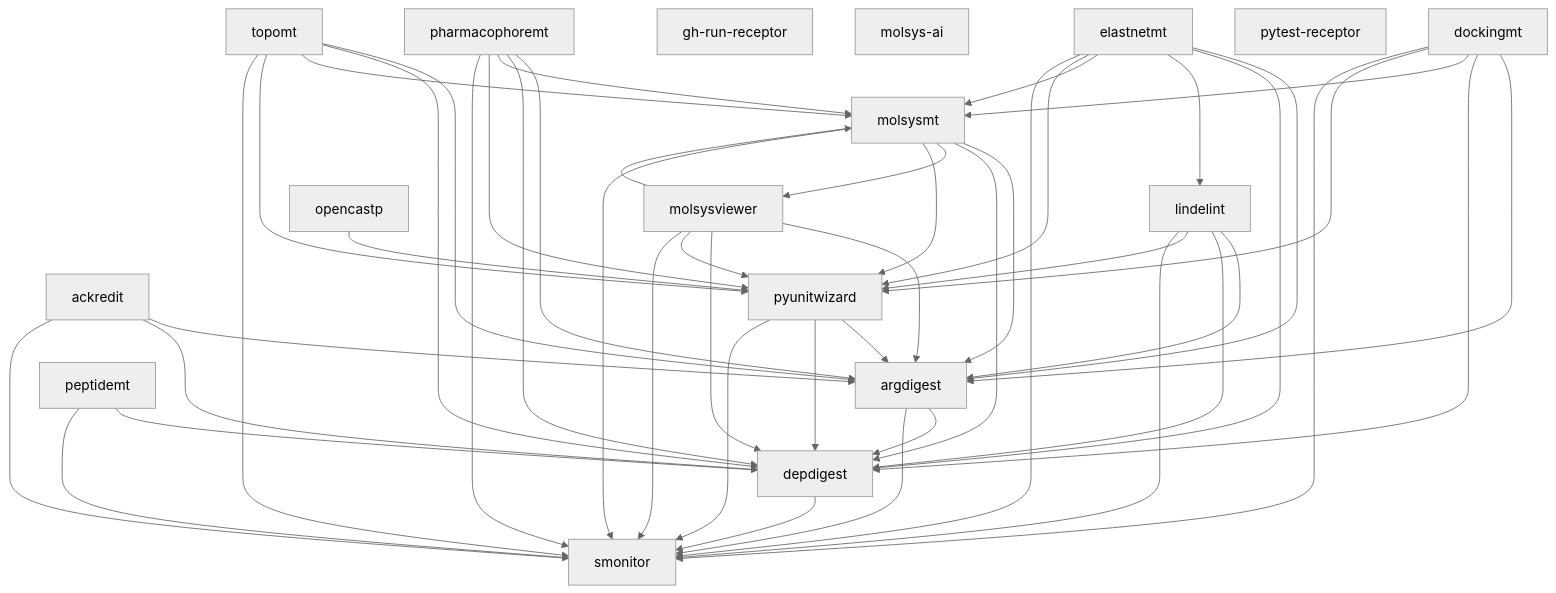
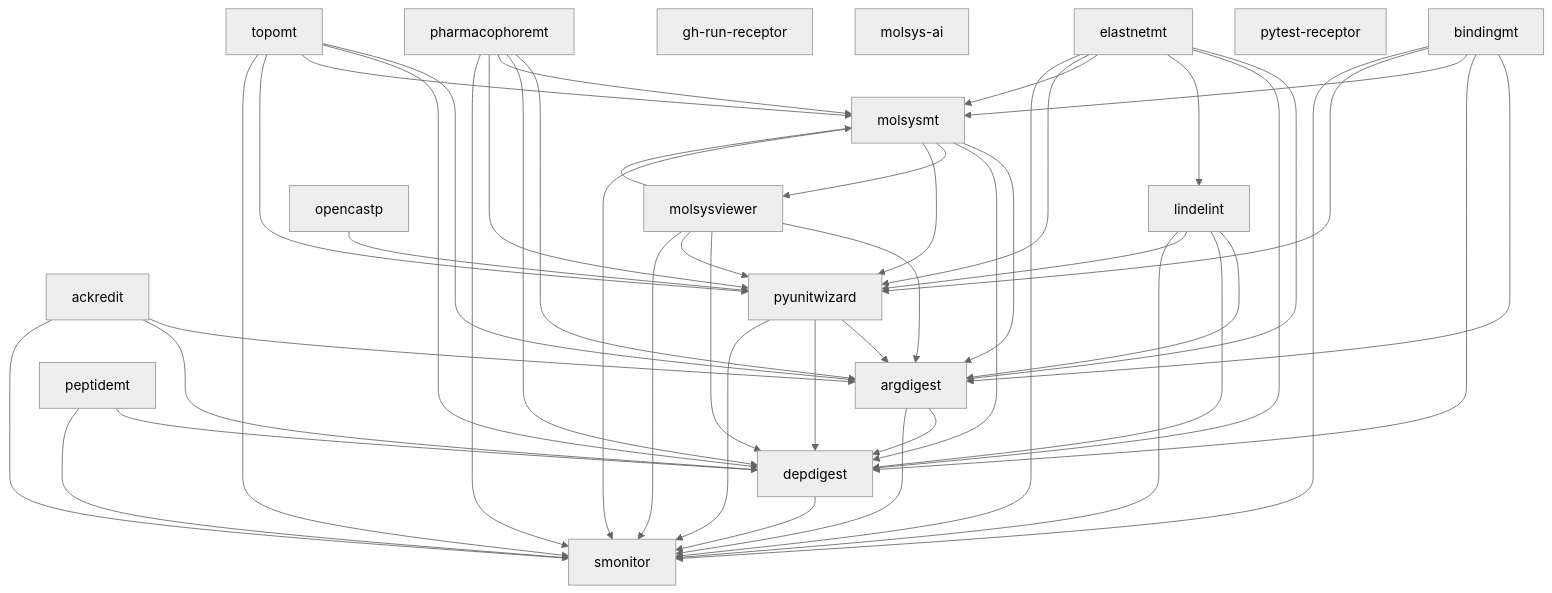
One commit to uibcdf/molsyssuite changed the diagram in devguide/component_dependencies.md. Above: the diagram before and after it, drawn with Mermaid (neutral theme). The commit also changed other lines of this file and 19 other files, not shown here.

````diff
--- a/devguide/component_dependencies.md
+++ b/devguide/component_dependencies.md
@@ -11,67 +11,67 @@
 ```mermaid
 flowchart TD
   n0["ackredit"]
   n1["argdigest"]
-  n2["depdigest"]
-  n3["dockingmt"]
+  n2["bindingmt"]
+  n3["depdigest"]
   n4["elastnetmt"]
   n5["gh-run-receptor"]
   n6["lindelint"]
   n7["molsys-ai"]
   n8["molsysmt"]
   n9["molsysviewer"]
   n10["opencastp"]
   n11["peptidemt"]
   n12["pharmacophoremt"]
   n13["pytest-receptor"]
   n14["pyunitwizard"]
   n15["smonitor"]
   n16["topomt"]
   n0 --> n1
-  n0 --> n2
+  n0 --> n3
   n0 --> n15
-  n1 --> n2
+  n1 --> n3
   n1 --> n15
+  n2 --> n1
+  n2 --> n3
+  n2 --> n8
+  n2 --> n14
   n2 --> n15
-  n3 --> n1
-  n3 --> n2
-  n3 --> n8
-  n3 --> n14
   n3 --> n15
   n4 --> n1
-  n4 --> n2
+  n4 --> n3
   n4 --> n6
   n4 --> n8
   n4 --> n14
   n4 --> n15
   n6 --> n1
-  n6 --> n2
+  n6 --> n3
   n6 --> n14
   n6 --> n15
   n8 --> n1
-  n8 --> n2
+  n8 --> n3
   n8 --> n9
   n8 --> n14
   n8 --> n15
   n9 --> n1
-  n9 --> n2
+  n9 --> n3
   n9 --> n8
   n9 --> n14
   n9 --> n15
   n10 --> n14
-  n11 --> n2
+  n11 --> n3
   n11 --> n15
   n12 --> n1
-  n12 --> n2
+  n12 --> n3
   n12 --> n8
   n12 --> n14
   n12 --> n15
   n14 --> n1
-  n14 --> n2
+  n14 --> n3
   n14 --> n15
   n16 --> n1
-  n16 --> n2
+  n16 --> n3
   n16 --> n8
   n16 --> n14
   n16 --> n15
 ```
````
